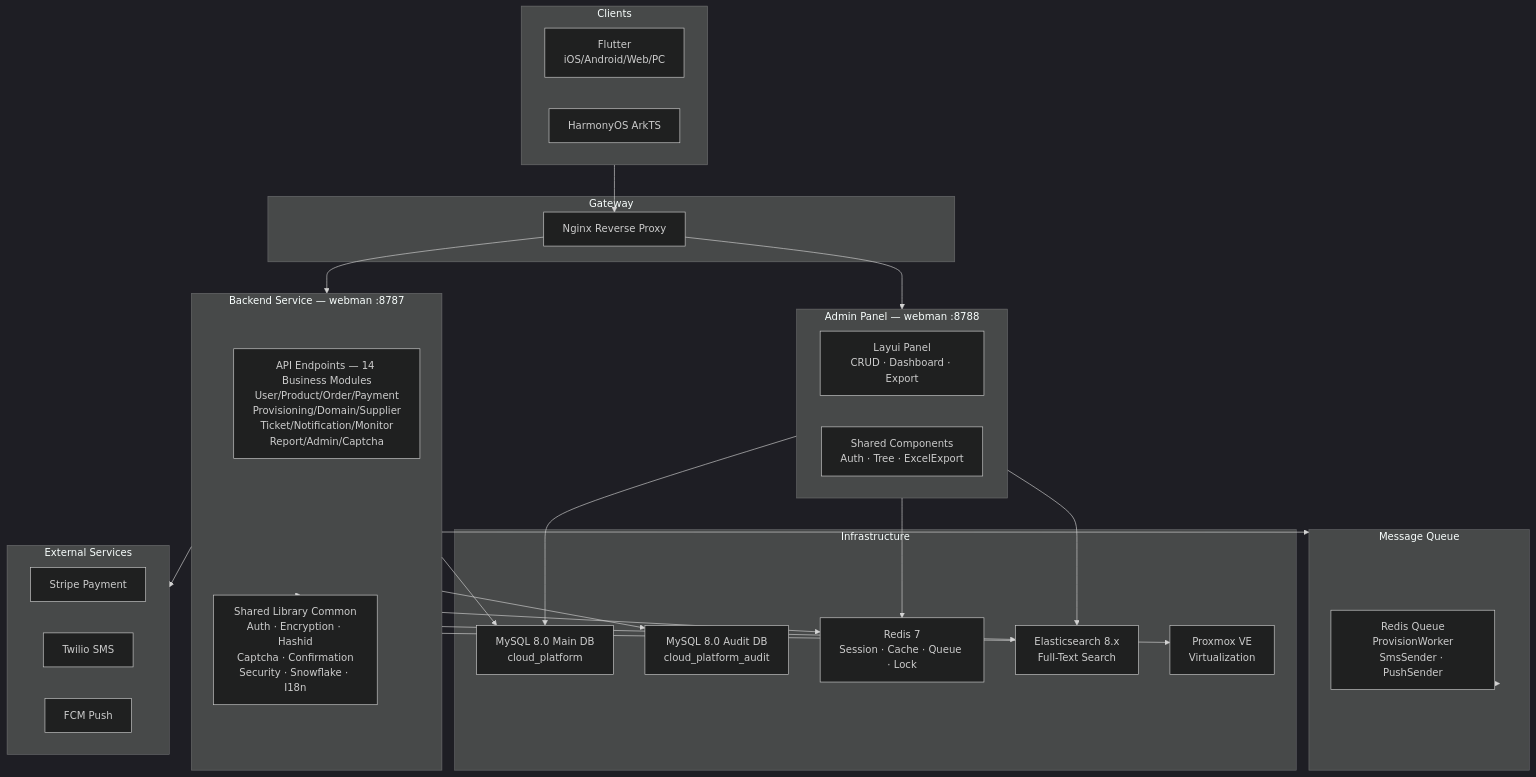
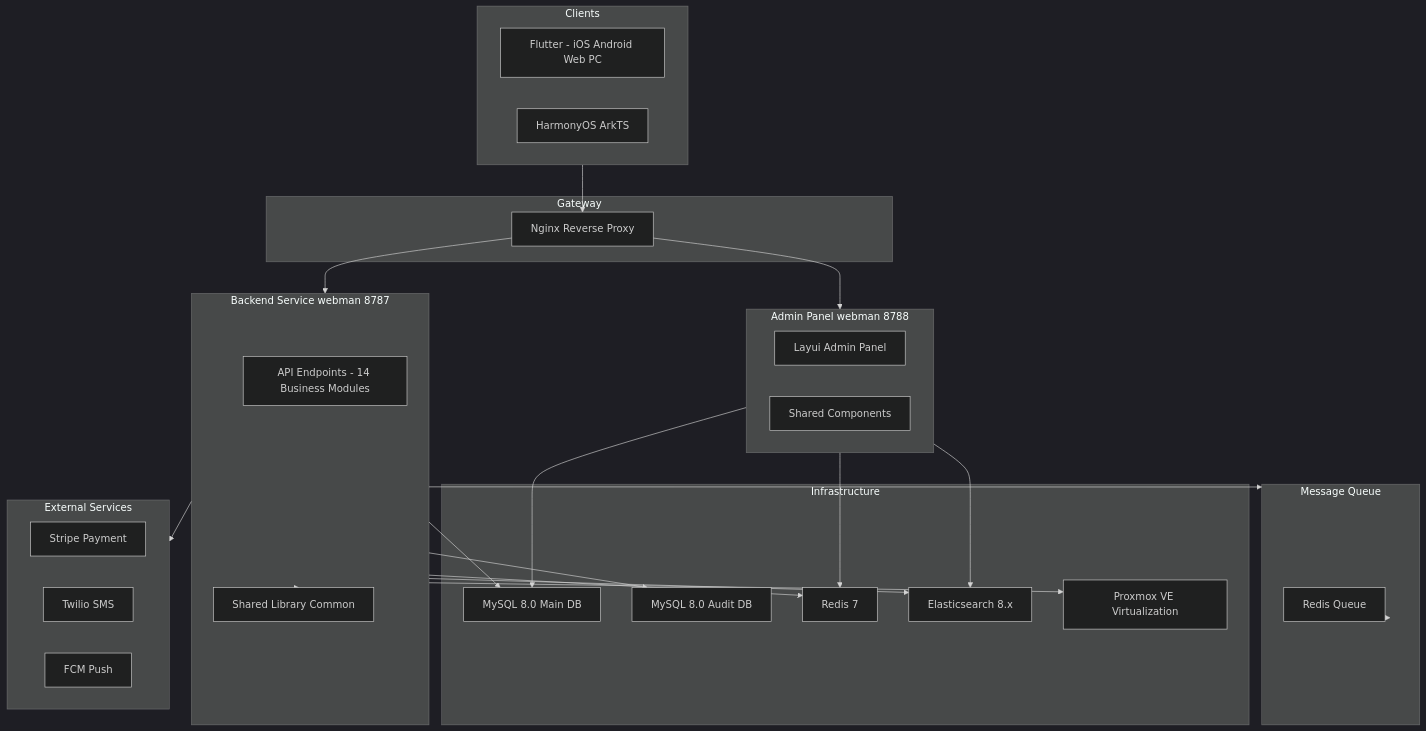
One commit to erikwang2013/cloud changed the first of 2 diagrams in README_EN.md. Above: the diagram before and after it, drawn with Mermaid (dark theme). The commit also changed other lines of this file and 2 other files, not shown here.

Commit message:
更新说明

````diff
--- a/README_EN.md
+++ b/README_EN.md
@@ -33,55 +33,55 @@
 ```mermaid
-graph TB
+flowchart TB
     subgraph Clients["Clients"]
-        Flutter["Flutter<br/>iOS/Android/Web/PC"]
+        Flutter["Flutter - iOS Android Web PC"]
         HarmonyOS["HarmonyOS ArkTS"]
     end
 
     subgraph Gateway["Gateway"]
         Nginx["Nginx Reverse Proxy"]
     end
 
-    subgraph Backend["Backend Service — webman :8787"]
-        API["API Endpoints — 14 Business Modules<br/>User/Product/Order/Payment<br/>Provisioning/Domain/Supplier<br/>Ticket/Notification/Monitor<br/>Report/Admin/Captcha"]
-        Common["Shared Library Common<br/>Auth · Encryption · Hashid<br/>Captcha · Confirmation<br/>Security · Snowflake · I18n"]
+    subgraph Backend["Backend Service webman 8787"]
+        API["API Endpoints - 14 Business Modules"]
+        Common["Shared Library Common"]
     end
 
-    subgraph AdminPanel["Admin Panel — webman :8788"]
-        AdminUI["Layui Panel<br/>CRUD · Dashboard · Export"]
-        AdminLib["Shared Components<br/>Auth · Tree · ExcelExport"]
+    subgraph AdminPanel["Admin Panel webman 8788"]
+        AdminUI["Layui Admin Panel"]
+        AdminLib["Shared Components"]
     end
 
     subgraph Queue["Message Queue"]
-        RedisQ["Redis Queue<br/>ProvisionWorker<br/>SmsSender · PushSender"]
+        RedisQ["Redis Queue"]
     end
 
     subgraph Infrastructure["Infrastructure"]
-        MySQL["MySQL 8.0 Main DB<br/>cloud_platform"]
-        MySQLAudit["MySQL 8.0 Audit DB<br/>cloud_platform_audit"]
-        Redis["Redis 7<br/>Session · Cache · Queue · Lock"]
-        ES["Elasticsearch 8.x<br/>Full-Text Search"]
-        Proxmox["Proxmox VE<br/>Virtualization"]
+        MySQL["MySQL 8.0 Main DB"]
+        MySQLAudit["MySQL 8.0 Audit DB"]
+        Redis["Redis 7"]
+        ES["Elasticsearch 8.x"]
+        Proxmox["Proxmox VE Virtualization"]
     end
 
     subgraph External["External Services"]
         Stripe["Stripe Payment"]
         Twilio["Twilio SMS"]
         FCM["FCM Push"]
     end
 
     Clients --> Nginx
     Nginx --> Backend
     Nginx --> AdminPanel
     Backend --> Common
     Backend --> Queue
     Queue --> RedisQ
     Backend --> MySQL
     Backend --> MySQLAudit
     Backend --> Redis
     Backend --> ES
     Backend --> Proxmox
     Backend --> External
     AdminPanel --> MySQL
     AdminPanel --> Redis
     AdminPanel --> ES
 ```
````
